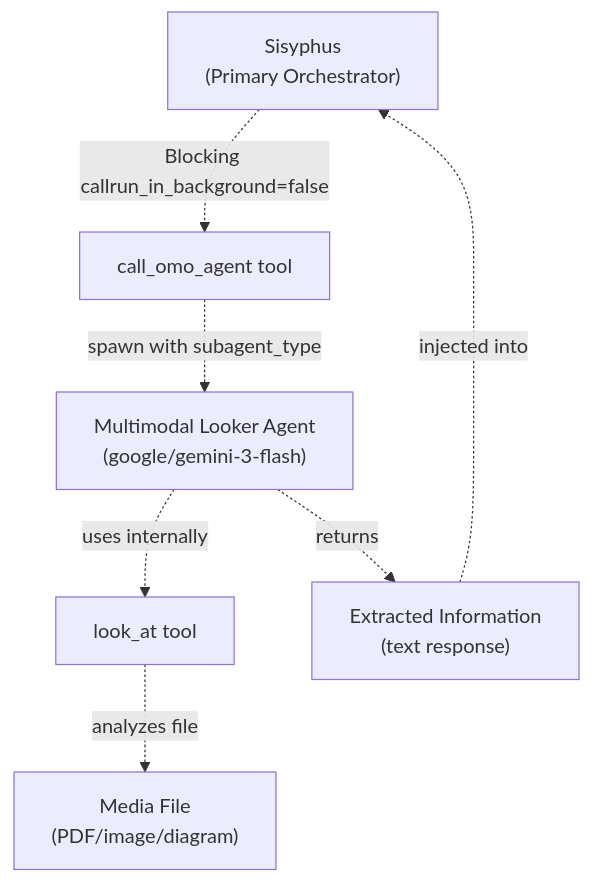
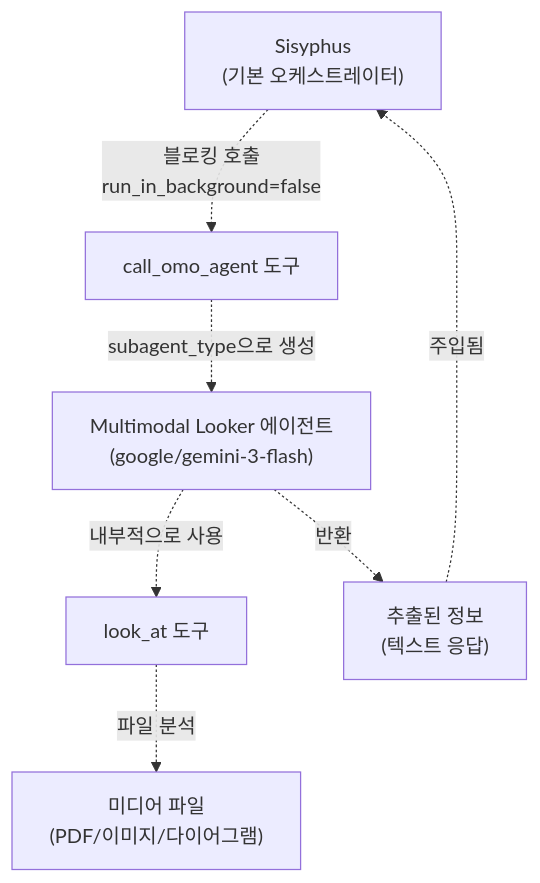
One commit to felipetruman/oh-my-opencode-docs changed the first of 6 diagrams in docs/agents/multimodal-looker.md. Above: the diagram before and after it, drawn with Mermaid. The commit also changed other lines of this file and 76 other files, not shown here.

````diff
--- a/docs/agents/multimodal-looker.md
+++ b/docs/agents/multimodal-looker.md
@@ -73,17 +73,17 @@
 ```mermaid
 flowchart TD
 
-Sisyphus["Sisyphus<br>(Primary Orchestrator)"]
-CallTool["call_omo_agent tool"]
-LookAtTool["look_at tool"]
-Multimodal["Multimodal Looker Agent<br>(google/gemini-3-flash)"]
-Result["Extracted Information<br>(text response)"]
-MediaFile["Media File<br>(PDF/image/diagram)"]
+Sisyphus["Sisyphus<br>(기본 오케스트레이터)"]
+CallTool["call_omo_agent 도구"]
+LookAtTool["look_at 도구"]
+Multimodal["Multimodal Looker 에이전트<br>(google/gemini-3-flash)"]
+Result["추출된 정보<br>(텍스트 응답)"]
+MediaFile["미디어 파일<br>(PDF/이미지/다이어그램)"]
 
-Sisyphus -.->|"Blocking callrun_in_background=false"| CallTool
-CallTool -.->|"spawn with subagent_type"| Multimodal
-Multimodal -.->|"uses internally"| LookAtTool
-LookAtTool -.->|"analyzes file"| MediaFile
-Multimodal -.->|"returns"| Result
-Result -.->|"injected into"| Sisyphus
+Sisyphus -.->|"블로킹 호출<br>run_in_background=false"| CallTool
+CallTool -.->|"subagent_type으로 생성"| Multimodal
+Multimodal -.->|"내부적으로 사용"| LookAtTool
+LookAtTool -.->|"파일 분석"| MediaFile
+Multimodal -.->|"반환"| Result
+Result -.->|"주입됨"| Sisyphus
 ```
````
